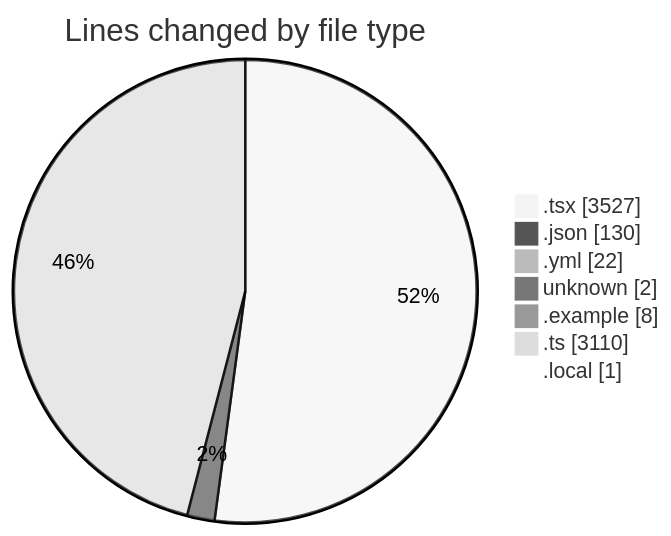
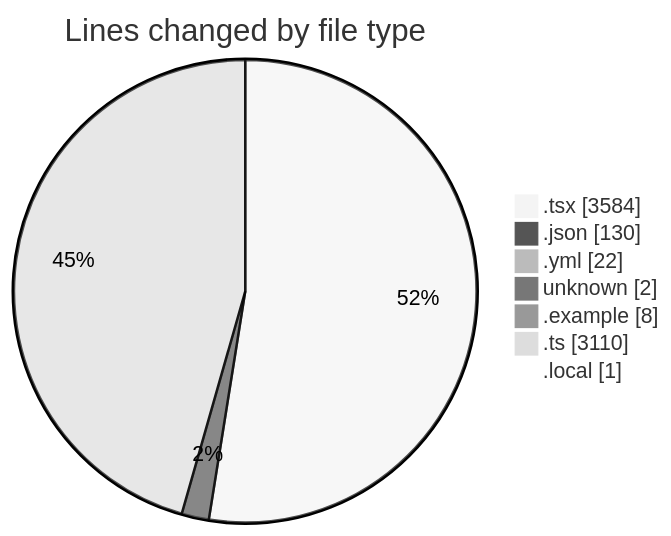
Before and after one commit to julien-gomy/code-tracking: the first of 2 diagrams in 2025-11-21/eventscop-frontend-guide__workspace_/README.md, drawn with Mermaid (neutral theme). The commit also changed other lines of this file and 1 other file, not shown here.

````diff
--- a/2025-11-21/eventscop-frontend-guide__workspace_/README.md
+++ b/2025-11-21/eventscop-frontend-guide__workspace_/README.md
@@ -64,11 +64,11 @@
 ```mermaid
 pie showData
 title Lines changed by file type
-".tsx" : 3527
+".tsx" : 3584
 ".json" : 130
 ".yml" : 22
 "unknown" : 2
 ".example" : 8
 ".ts" : 3110
 ".local" : 1
 ```
````
